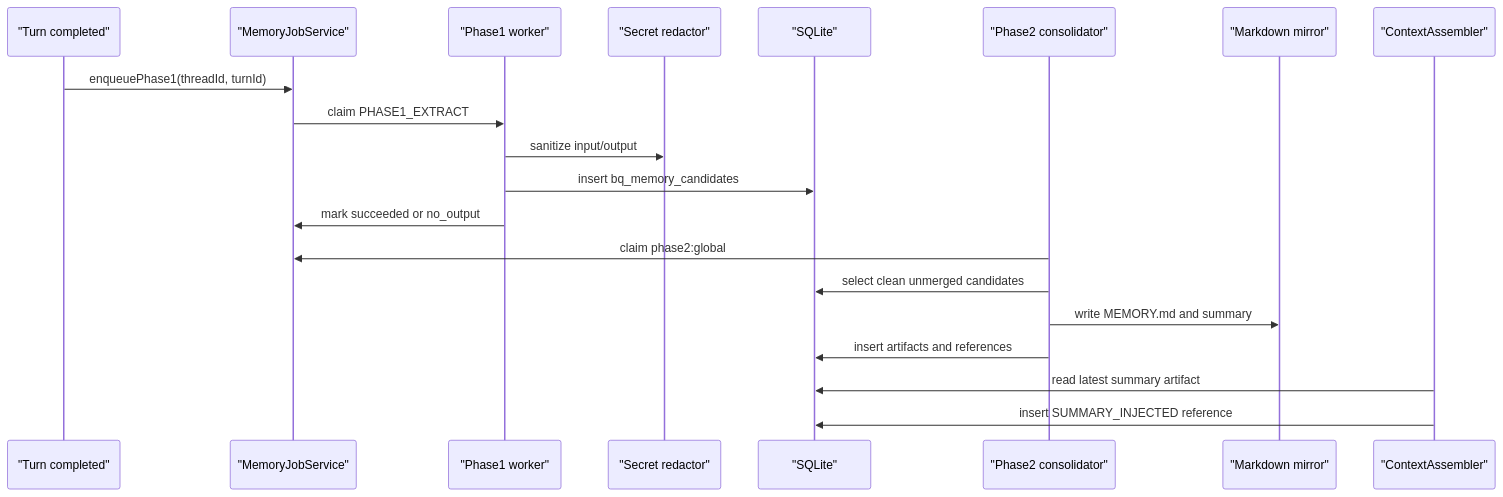
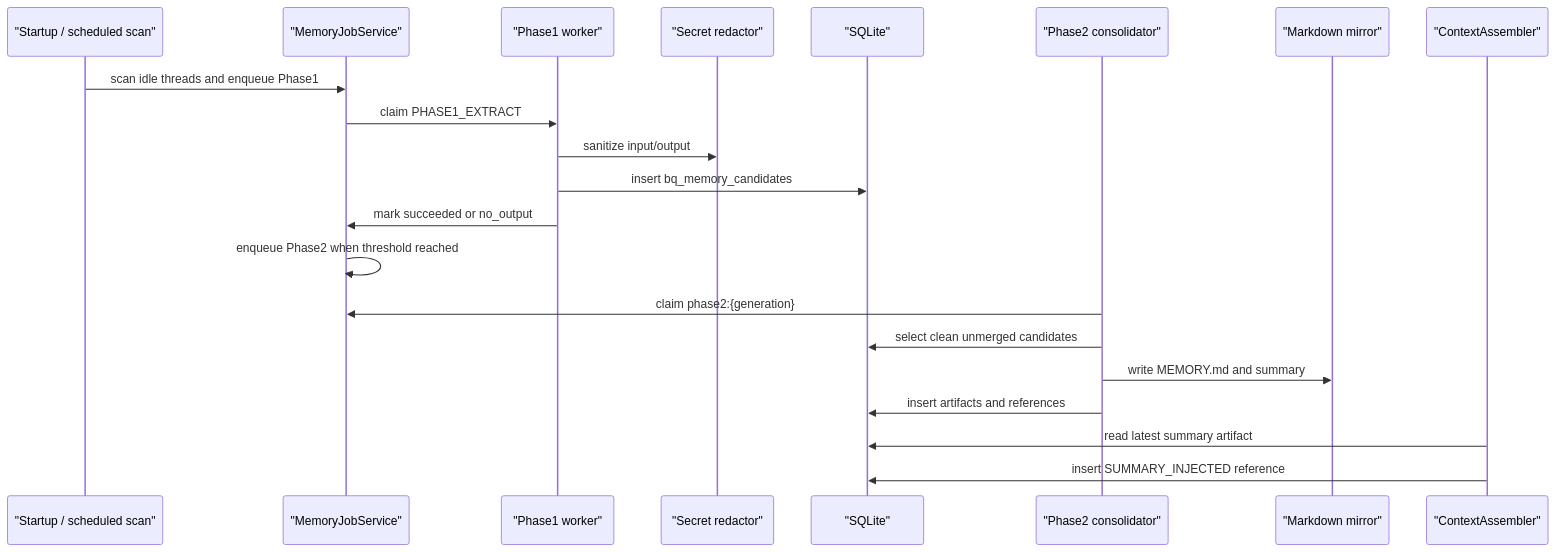
Before and after one commit to WangZhouX/BaBiQ: the diagram in docs/superpowers/plans/p3-4-long-term-memory/plan.md, drawn with Mermaid. The commit also changed other lines of this file and 1 other file, not shown here.

````diff
--- a/docs/superpowers/plans/p3-4-long-term-memory/plan.md
+++ b/docs/superpowers/plans/p3-4-long-term-memory/plan.md
@@ -458,23 +478,24 @@
 ```mermaid
 sequenceDiagram
-    participant Turn as "Turn completed"
+    participant Scan as "Startup / scheduled scan"
     participant Job as "MemoryJobService"
     participant P1 as "Phase1 worker"
     participant Redact as "Secret redactor"
     participant DB as "SQLite"
     participant P2 as "Phase2 consolidator"
     participant Files as "Markdown mirror"
     participant Ctx as "ContextAssembler"
 
-    Turn->>Job: enqueuePhase1(threadId, turnId)
+    Scan->>Job: scan idle threads and enqueue Phase1
     Job->>P1: claim PHASE1_EXTRACT
     P1->>Redact: sanitize input/output
     P1->>DB: insert bq_memory_candidates
     P1->>Job: mark succeeded or no_output
-    P2->>Job: claim phase2:global
+    Job->>Job: enqueue Phase2 when threshold reached
+    P2->>Job: claim phase2:{generation}
     P2->>DB: select clean unmerged candidates
     P2->>Files: write MEMORY.md and summary
     P2->>DB: insert artifacts and references
     Ctx->>DB: read latest summary artifact
     Ctx->>DB: insert SUMMARY_INJECTED reference
 ```
````
